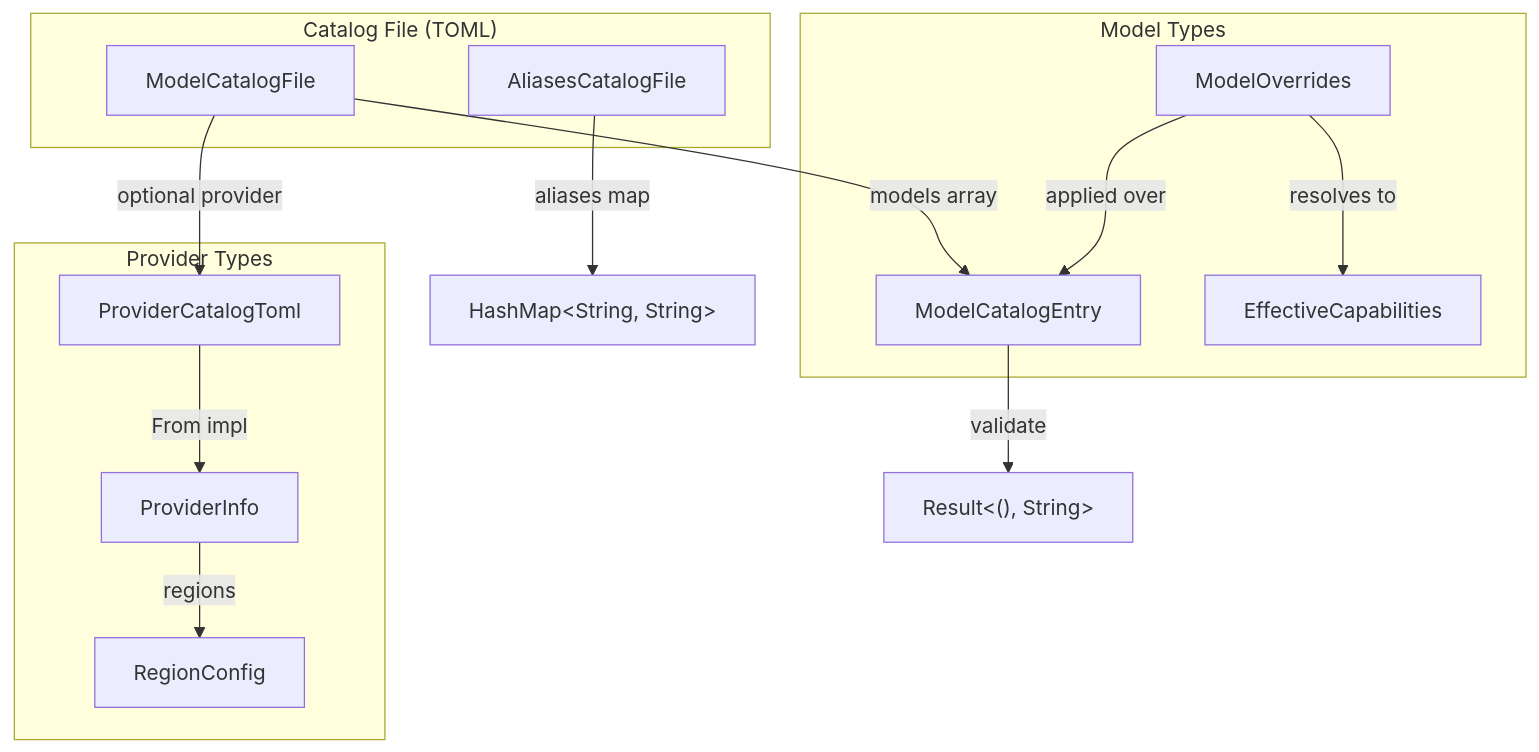
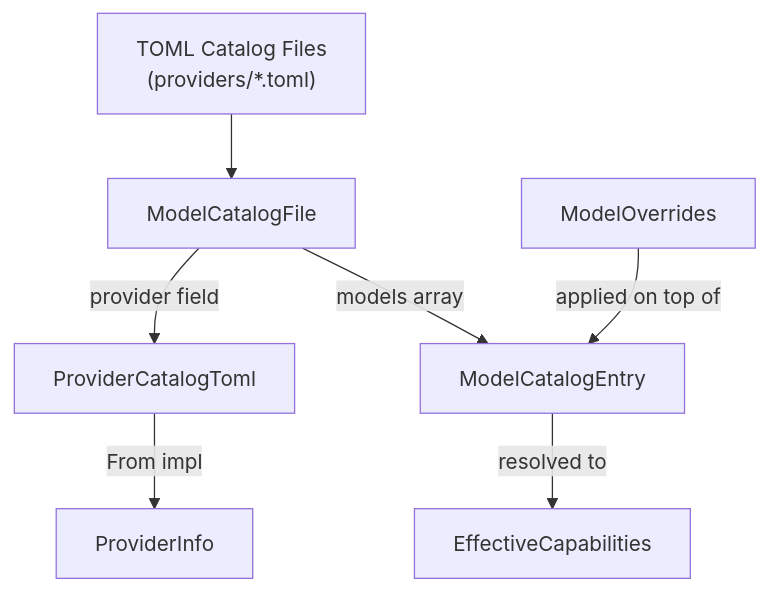
Before and after one commit to leszek3737/librefang-WIki: the diagram in other-librefang-types-src.md, drawn with Mermaid. The commit also changed other lines of this file and 119 other files, not shown here.

````diff
--- a/other-librefang-types-src.md
+++ b/other-librefang-types-src.md
@@ -9,28 +11,17 @@
 ```mermaid
 graph TD
-    subgraph "Catalog File (TOML)"
-        MCF[ModelCatalogFile]
-        ACF[AliasesCatalogFile]
-    end
+    TOML["TOML Catalog Files<br/>(providers/*.toml)"]
+    MCF["ModelCatalogFile"]
+    PCT["ProviderCatalogToml"]
+    MCE["ModelCatalogEntry"]
+    PI["ProviderInfo"]
+    MO["ModelOverrides"]
+    EC["EffectiveCapabilities"]
 
-    subgraph "Provider Types"
-        PCT[ProviderCatalogToml]
-        PI[ProviderInfo]
-        RC[RegionConfig]
-    end
-
-    subgraph "Model Types"
-        MCE[ModelCatalogEntry]
-        MO[ModelOverrides]
-        EC[EffectiveCapabilities]
-    end
-
-    MCF -->|optional provider| PCT
-    MCF -->|models array| MCE
-    ACF -->|aliases map| Aliases["HashMap&lt;String, String&gt;"]
-    PCT -->|From impl| PI
-    PI -->|regions| RC
-    MCE -->|validate| ValErr["Result&lt;(), String&gt;"]
-    MO -->|applied over| MCE
-    MO -->|resolves to| EC
+    TOML --> MCF
+    MCF -->|"provider field"| PCT
+    MCF -->|"models array"| MCE
+    PCT -->|"From impl"| PI
+    MO -->|"applied on top of"| MCE
+    MCE -->|"resolved to"| EC
 ```
````
